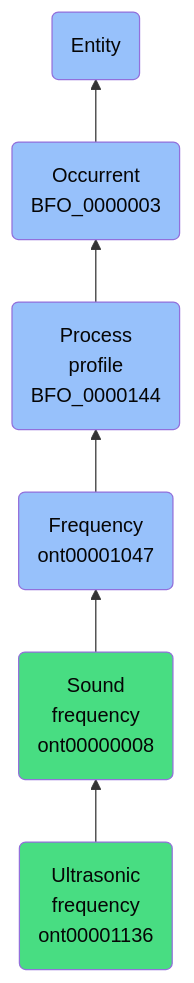
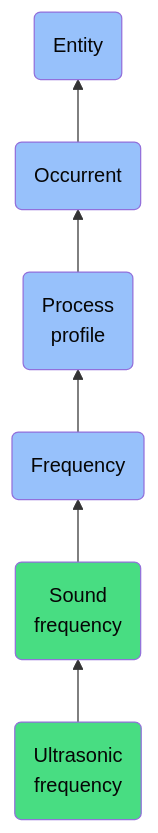
Before and after one commit to jupyter-naas/abi: the diagram in docs/ontology/reference/model/Entity/Occurrent/Process profile/Frequency/Sound frequency/Ultrasonic frequency/Ultrasonic frequency.md, drawn with Mermaid. The commit also changed other lines of this file and 1430 other files, not shown here.

````diff
--- a/docs/ontology/reference/model/Entity/Occurrent/Process profile/Frequency/Sound frequency/Ultrasonic frequency/Ultrasonic frequency.md
+++ b/docs/ontology/reference/model/Entity/Occurrent/Process profile/Frequency/Sound frequency/Ultrasonic frequency/Ultrasonic frequency.md
@@ -24,13 +24,13 @@
 ```mermaid
 graph BT
-    ont00001136(Ultrasonic<br>frequency<br>ont00001136):::ABI-->ont00000008
-    ont00000008(Sound<br>frequency<br>ont00000008):::ABI-->ont00001047
-    ont00001047(Frequency<br>ont00001047):::BFO-->BFO_0000144
-    BFO_0000144(Process<br>profile<br>BFO_0000144):::BFO-->BFO_0000003
-    BFO_0000003(Occurrent<br>BFO_0000003):::BFO-->BFO_0000001
+    ont00001136(Ultrasonic<br>frequency):::ABI-->ont00000008
+    ont00000008(Sound<br>frequency):::ABI-->ont00001047
+    ont00001047(Frequency):::BFO-->BFO_0000144
+    BFO_0000144(Process<br>profile):::BFO-->BFO_0000003
+    BFO_0000003(Occurrent):::BFO-->BFO_0000001
     BFO_0000001(Entity):::BFO
     
     classDef BFO fill:#97c1fb,color:#060606
     classDef CCO fill:#e4c51e,color:#060606
     classDef ABI fill:#48DD82,color:#060606
 ```
````
